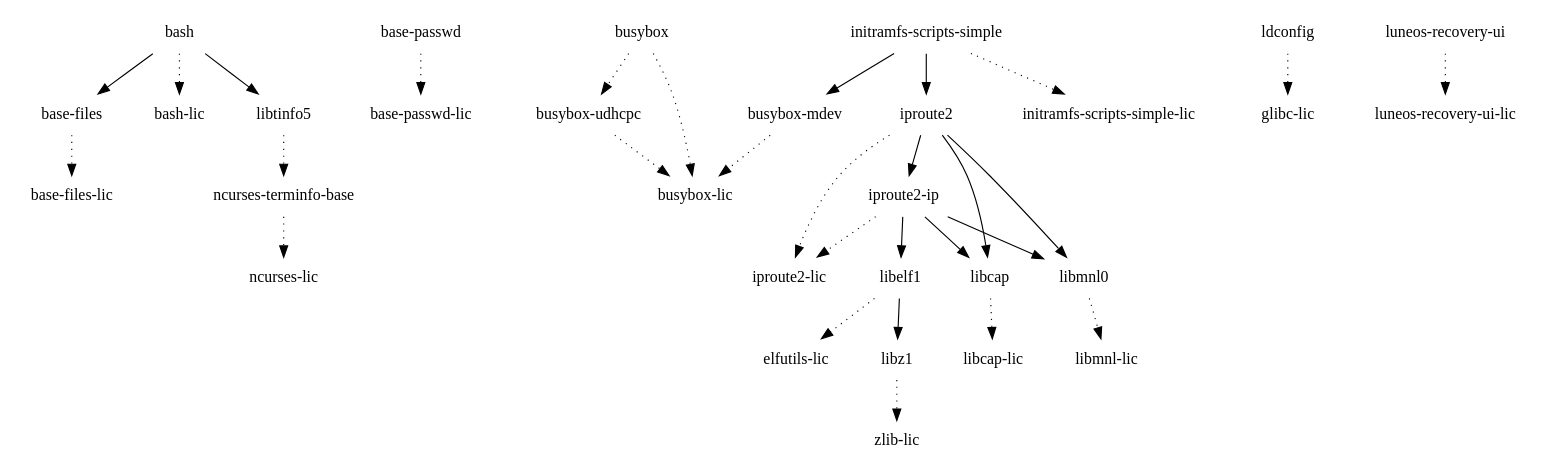
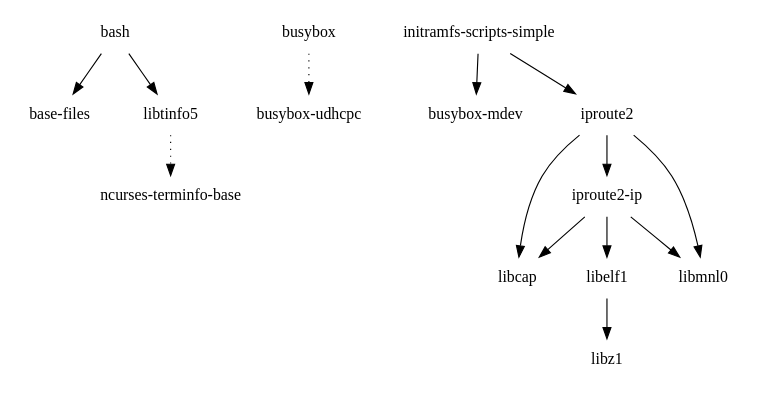
The diagram in images/pinephone/glibc/initramfs-uboot-image/depends-nokernel-nolibc-noupdate.dot (webOS-ports/buildhistory), drawn with Graphviz before and after one commit. The commit also changed 751 other files, not shown here.

```diff
--- a/images/pinephone/glibc/initramfs-uboot-image/depends-nokernel-nolibc-noupdate.dot
+++ b/images/pinephone/glibc/initramfs-uboot-image/depends-nokernel-nolibc-noupdate.dot
@@ -1,32 +1,16 @@
 digraph depends {
     node [shape=plaintext]
-"base-files" -> "base-files-lic" [style=dotted]
-"base-passwd" -> "base-passwd-lic" [style=dotted]
 "bash" -> "base-files"
-"bash" -> "bash-lic" [style=dotted]
 "bash" -> "libtinfo5"
-"busybox" -> "busybox-lic" [style=dotted]
 "busybox" -> "busybox-udhcpc" [style=dotted]
-"busybox-mdev" -> "busybox-lic" [style=dotted]
-"busybox-udhcpc" -> "busybox-lic" [style=dotted]
 "initramfs-scripts-simple" -> "busybox-mdev"
-"initramfs-scripts-simple" -> "initramfs-scripts-simple-lic" [style=dotted]
 "initramfs-scripts-simple" -> "iproute2"
-"iproute2-ip" -> "iproute2-lic" [style=dotted]
 "iproute2-ip" -> "libcap"
 "iproute2-ip" -> "libelf1"
 "iproute2-ip" -> "libmnl0"
 "iproute2" -> "iproute2-ip"
-"iproute2" -> "iproute2-lic" [style=dotted]
 "iproute2" -> "libcap"
 "iproute2" -> "libmnl0"
-"ldconfig" -> "glibc-lic" [style=dotted]
-"libcap" -> "libcap-lic" [style=dotted]
-"libelf1" -> "elfutils-lic" [style=dotted]
 "libelf1" -> "libz1"
-"libmnl0" -> "libmnl-lic" [style=dotted]
 "libtinfo5" -> "ncurses-terminfo-base" [style=dotted]
-"libz1" -> "zlib-lic" [style=dotted]
-"luneos-recovery-ui" -> "luneos-recovery-ui-lic" [style=dotted]
-"ncurses-terminfo-base" -> "ncurses-lic" [style=dotted]
 }
```
